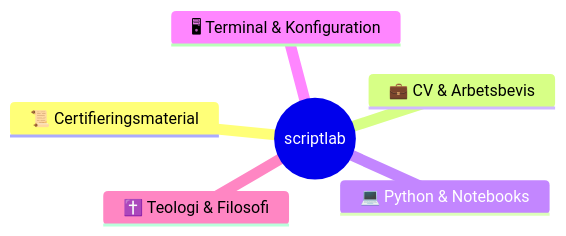
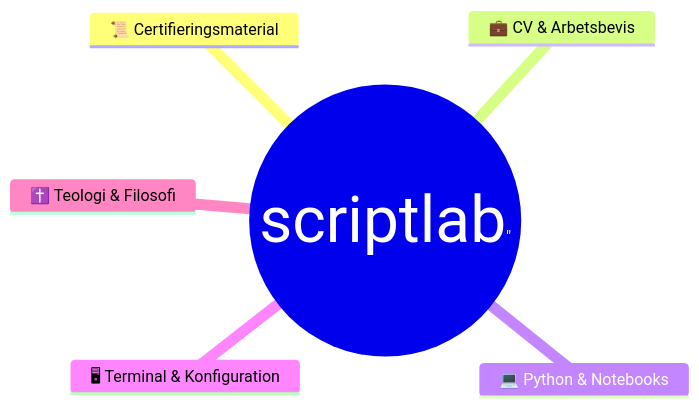
One commit to steble70/scriptlab changed the diagram in README.md. Above: the diagram before and after it, drawn with Mermaid.

Commit message:
Update mindmap root style in README.md

````diff
--- a/README.md
+++ b/README.md
@@ -1,10 +1,10 @@
 ```mermaid
 %%{init: {'theme': 'default'}}%%
 mindmap
-  root((scriptlab))
+  root((<span style='font-size:64px'>scriptlab</span>"))
     📜 Certifieringsmaterial
     💼 CV & Arbetsbevis
     💻 Python & Notebooks
     🖥 Terminal & Konfiguration
     ✝️ Teologi & Filosofi
 ```
````
